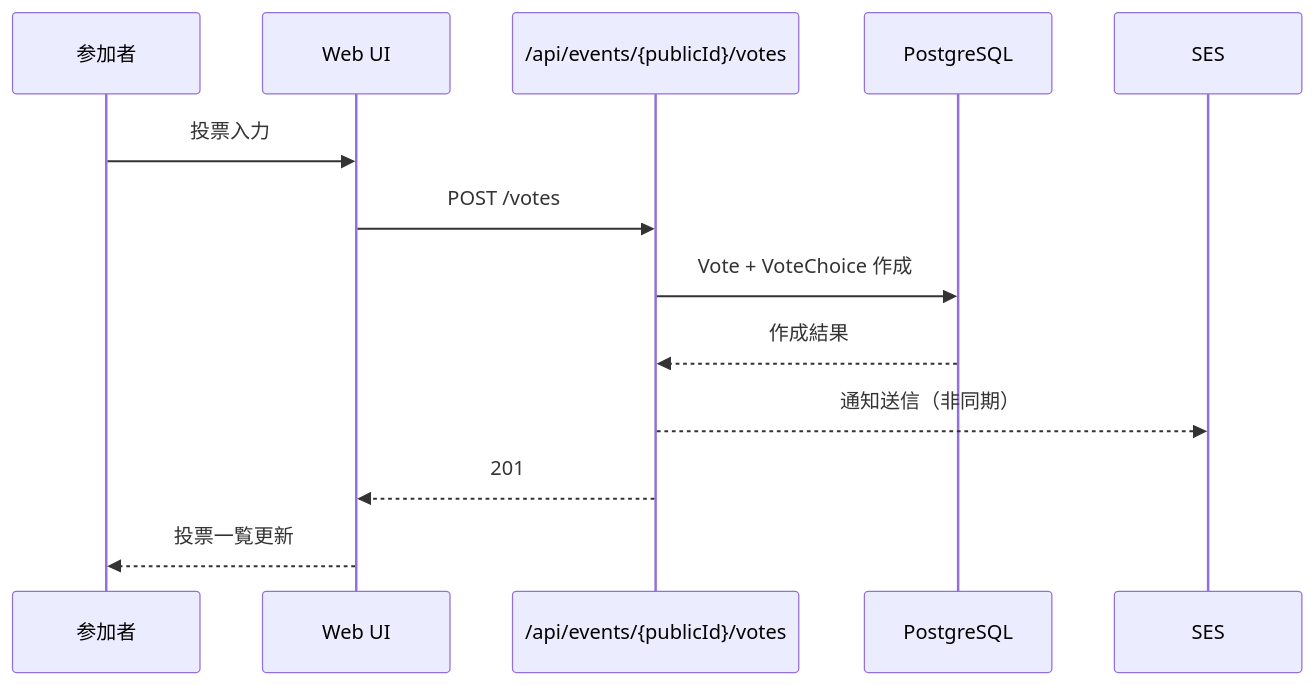
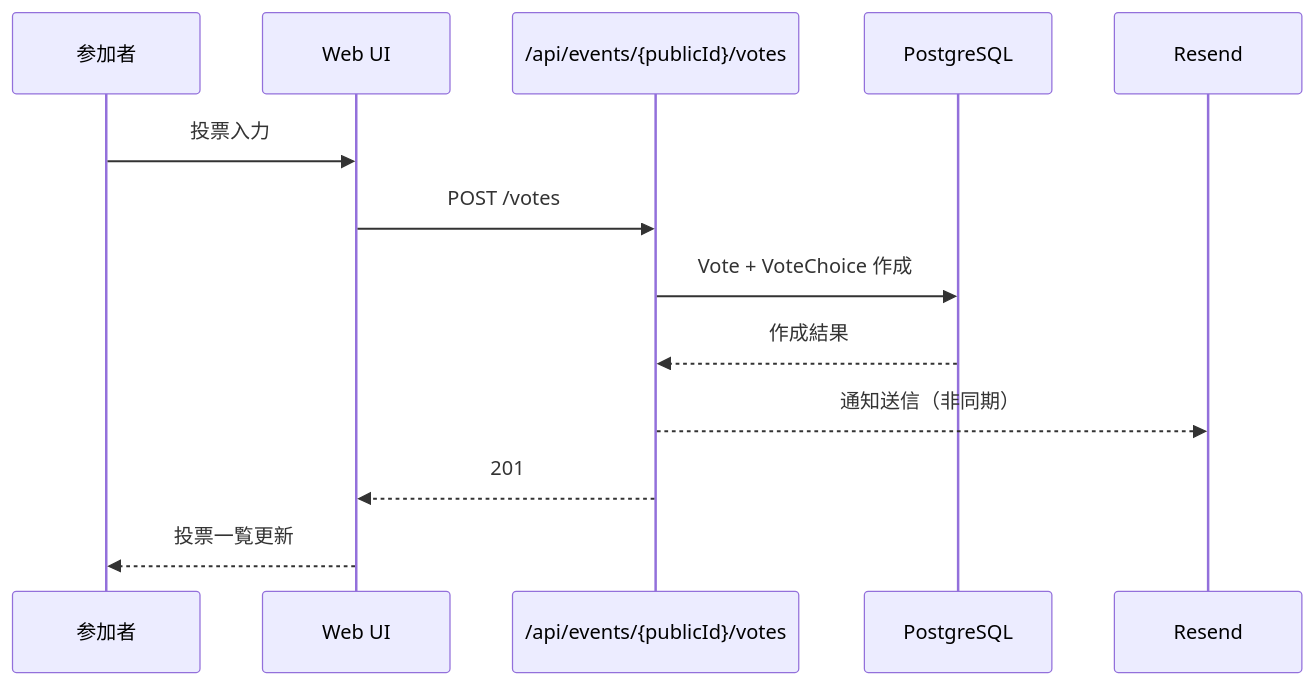
The diagram in docs/diagrams/flow-voting.md (tojiinoue/kanjikun), drawn with Mermaid before and after one commit. The commit also changed 48 other files, not shown here.

````diff
--- a/docs/diagrams/flow-voting.md
+++ b/docs/diagrams/flow-voting.md
@@ -3,16 +3,16 @@
 ```mermaid
 sequenceDiagram
   participant P as 参加者
   participant UI as Web UI
   participant API as /api/events/{publicId}/votes
   participant DB as PostgreSQL
-  participant Mail as SES
+  participant Mail as Resend
 
   P->>UI: 投票入力
   UI->>API: POST /votes
   API->>DB: Vote + VoteChoice 作成
   DB-->>API: 作成結果
   API-->>Mail: 通知送信（非同期）
   API-->>UI: 201
   UI-->>P: 投票一覧更新
 ```
````
